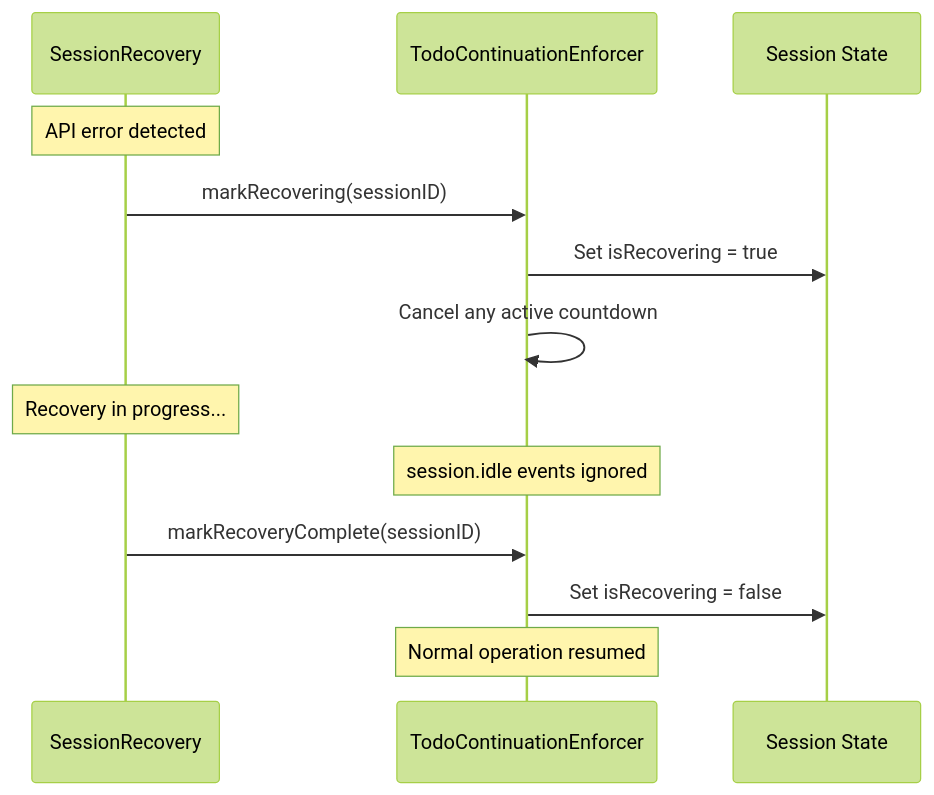
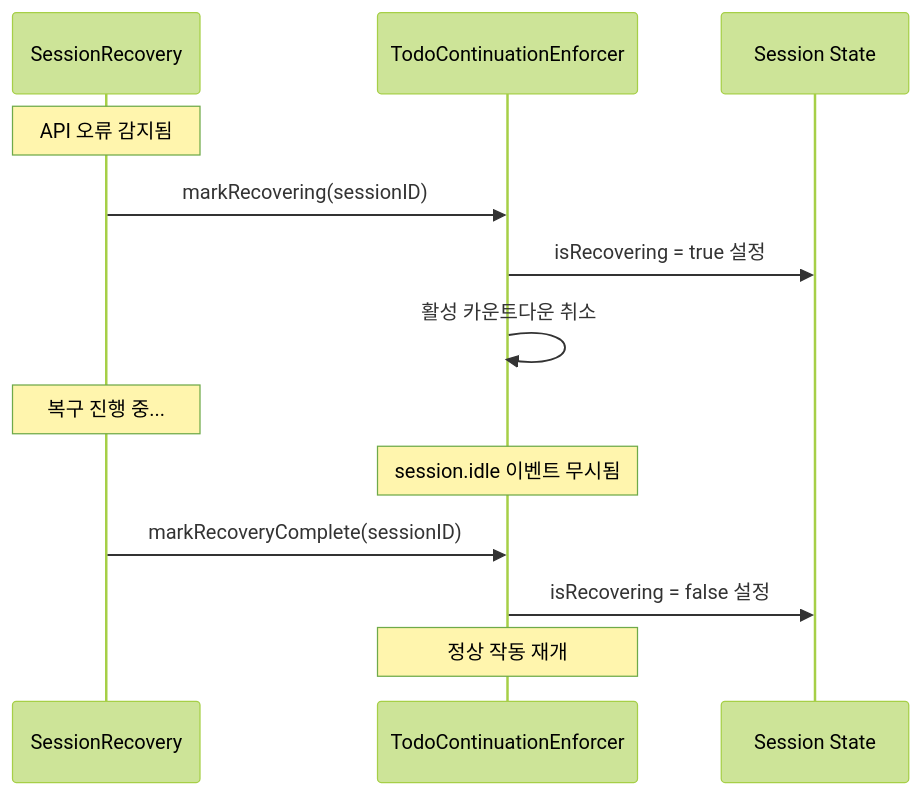
The fifth of 7 diagrams in docs/reliability/todo-continuation-enforcer.md (felipetruman/oh-my-opencode-docs), drawn with Mermaid (forest theme) before and after one commit. The commit also changed other lines of this file and 76 other files, not shown here.

````diff
--- a/docs/reliability/todo-continuation-enforcer.md
+++ b/docs/reliability/todo-continuation-enforcer.md
@@ -307,16 +307,16 @@
 ```mermaid
 sequenceDiagram
   participant p1 as SessionRecovery
   participant p2 as TodoContinuationEnforcer
   participant p3 as Session State
 
-  note over p1: API error detected
+  note over p1: API 오류 감지됨
   p1->>p2: markRecovering(sessionID)
-  p2->>p3: Set isRecovering = true
-  p2->>p2: Cancel any active countdown
-  note over p1: Recovery in progress...
-  note over p2: session.idle events ignored
+  p2->>p3: isRecovering = true 설정
+  p2->>p2: 활성 카운트다운 취소
+  note over p1: 복구 진행 중...
+  note over p2: session.idle 이벤트 무시됨
   p1->>p2: markRecoveryComplete(sessionID)
-  p2->>p3: Set isRecovering = false
-  note over p2: Normal operation resumed
+  p2->>p3: isRecovering = false 설정
+  note over p2: 정상 작동 재개
 ```
````
